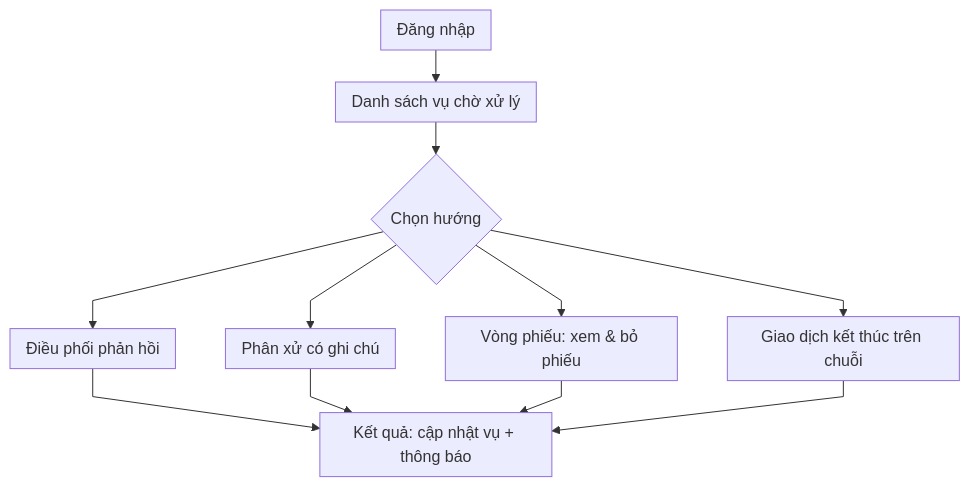
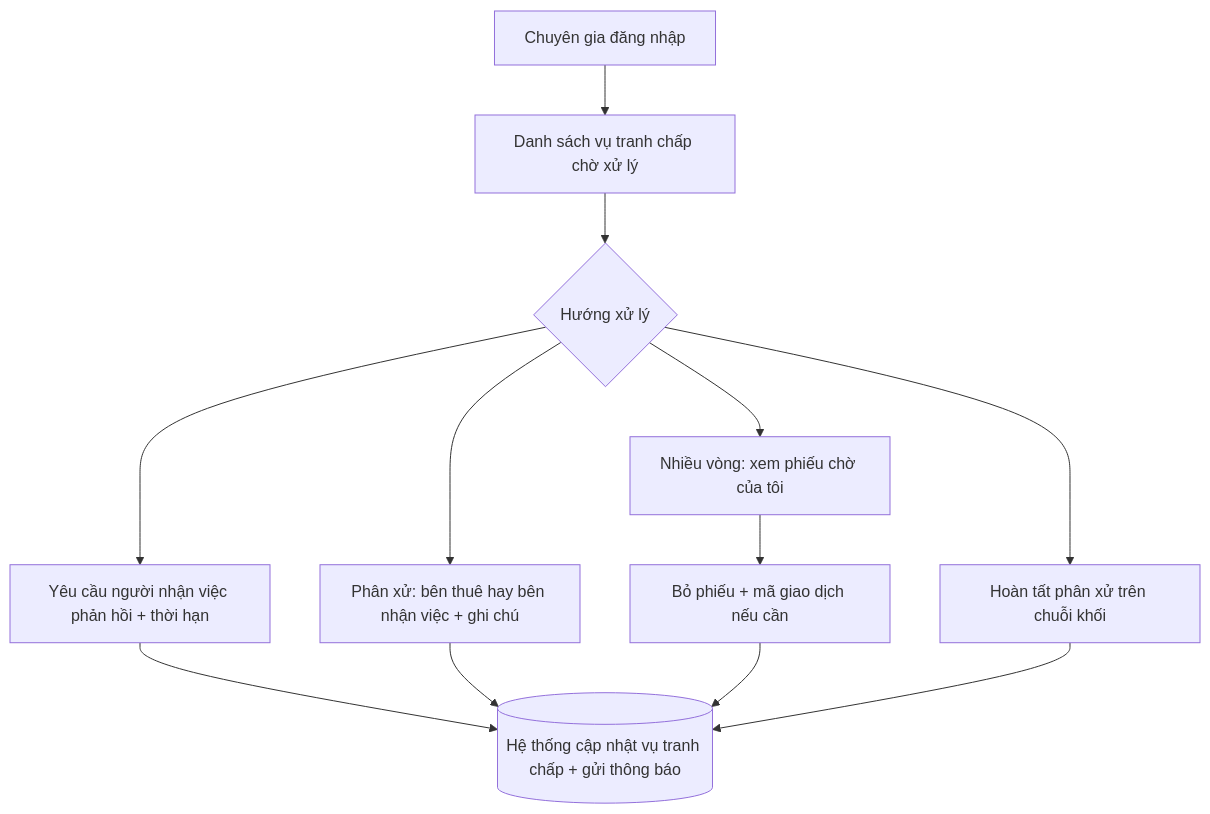
The first of 2 diagrams in admin.md (dmt041104111003/docs-nckh), drawn with Mermaid before and after one commit. The commit also changed other lines of this file and 7 other files, not shown here.

````diff
--- a/admin.md
+++ b/admin.md
@@ -23,14 +23,14 @@
 ```mermaid
-%%{init: {"flowchart": {"curve": "linear", "padding": 8, "rankSpacing": 32}}}%%
-flowchart TB
-  A[Đăng nhập] --> B[Danh sách vụ chờ xử lý]
-  B --> C{Chọn hướng}
-  C --> D[Điều phối phản hồi]
-  C --> E[Phân xử có ghi chú]
-  C --> F[Vòng phiếu: xem & bỏ phiếu]
-  C --> G[Giao dịch kết thúc trên chuỗi]
-  D --> H[Kết quả: cập nhật vụ + thông báo]
-  E --> H
-  F --> H
-  G --> H
+flowchart TD
+  A[Chuyên gia đăng nhập] --> B[Danh sách vụ tranh chấp chờ xử lý]
+  B --> C{Hướng xử lý}
+  C --> D[Yêu cầu người nhận việc phản hồi + thời hạn]
+  C --> E[Phân xử: bên thuê hay bên nhận việc + ghi chú]
+  C --> F[Nhiều vòng: xem phiếu chờ của tôi]
+  F --> G[Bỏ phiếu + mã giao dịch nếu cần]
+  C --> H[Hoàn tất phân xử trên chuỗi khối]
+  D --> I[(Hệ thống cập nhật vụ tranh chấp + gửi thông báo)]
+  E --> I
+  G --> I
+  H --> I
 ```
````
